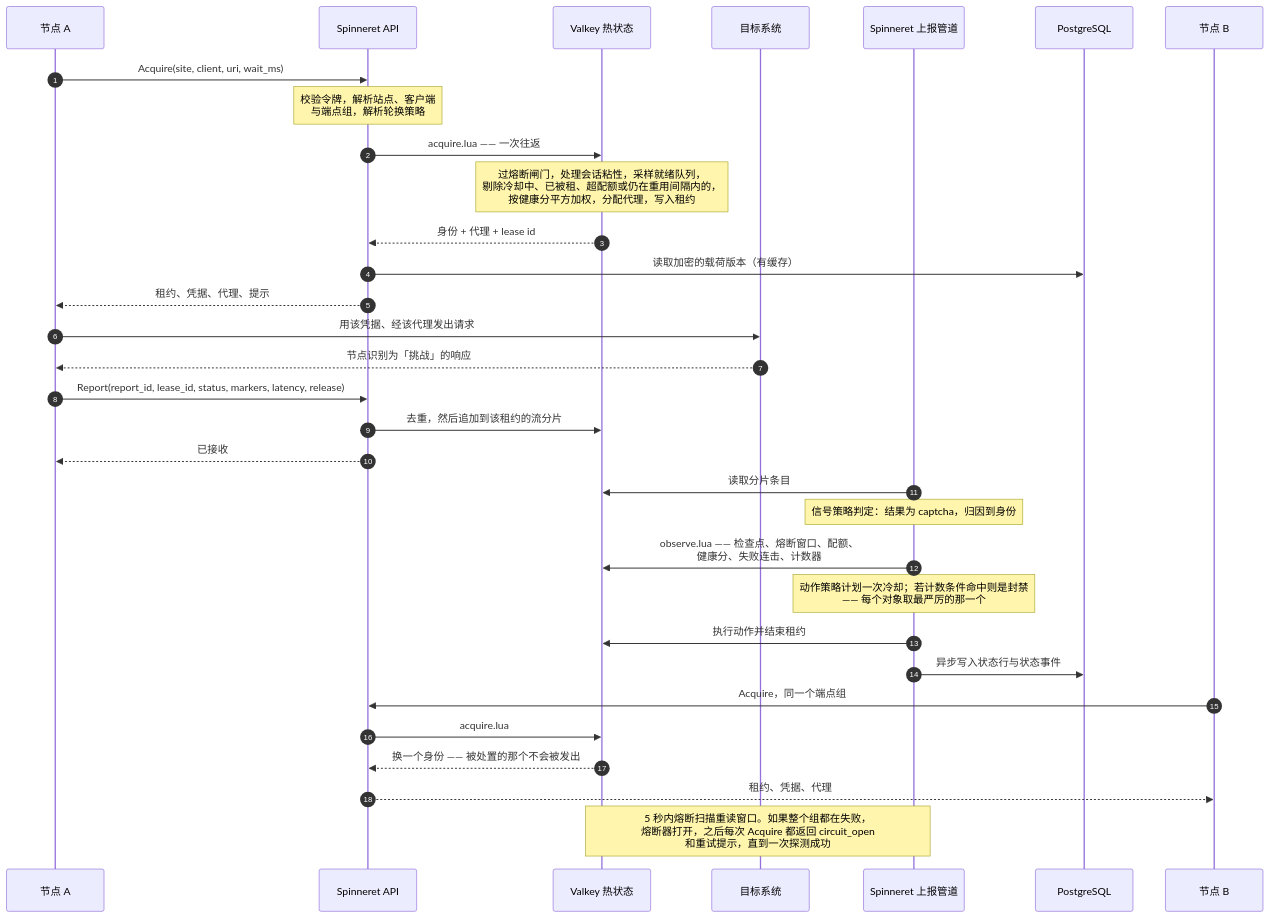
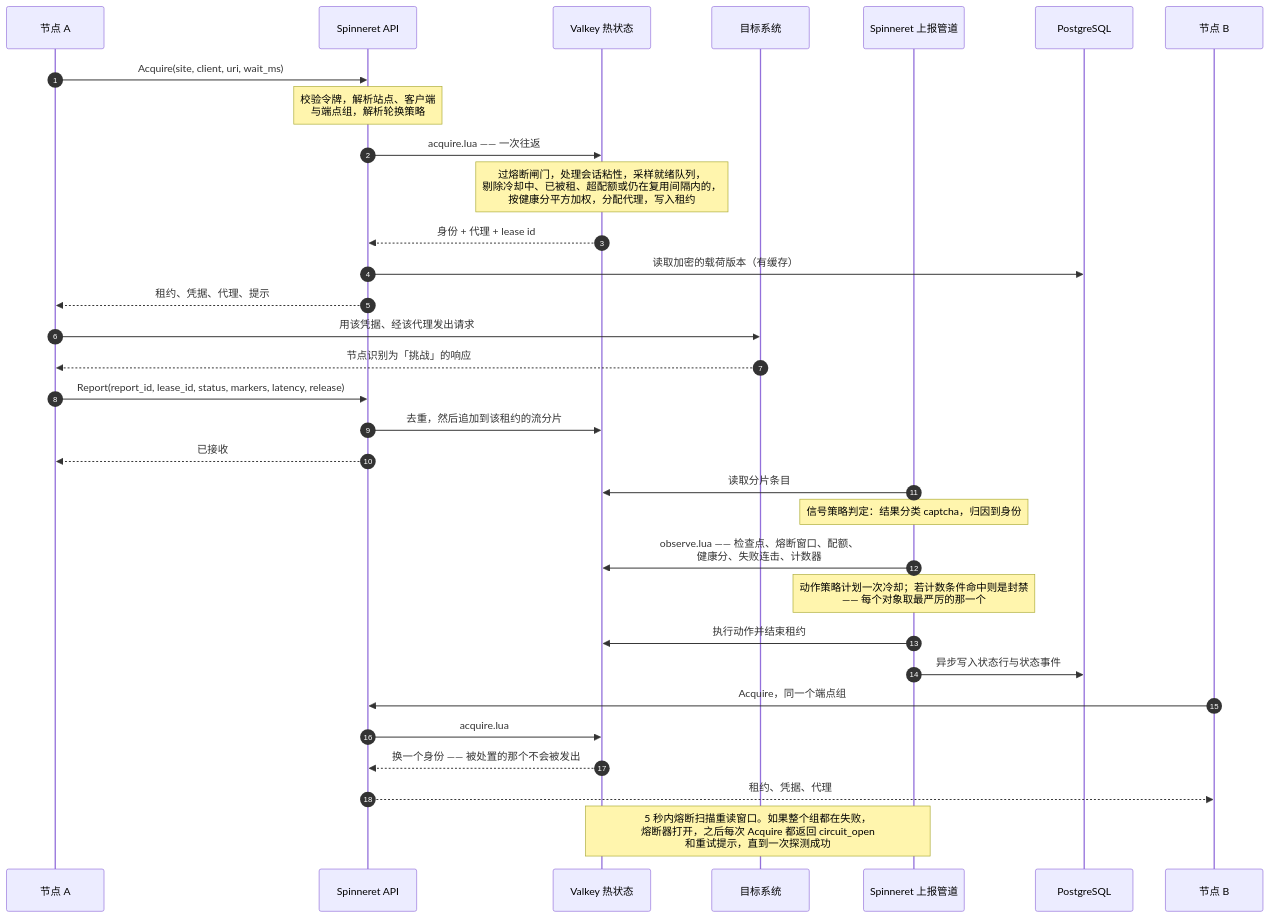
Before and after one commit to TikHub/Spinneret: the fourth of 12 diagrams in README.zh-CN.md, drawn with Mermaid. The commit also changed other lines of this file and 1 other file, not shown here.

````diff
--- a/README.zh-CN.md
+++ b/README.zh-CN.md
@@ -252,35 +391,35 @@
 ```mermaid
 sequenceDiagram
     autonumber
     participant A as 节点 A
     participant API as Spinneret API
     participant R as Valkey 热状态
     participant T as 目标系统
     participant W as Spinneret 上报管道
     participant PG as PostgreSQL
     participant B as 节点 B
 
     A->>API: Acquire(site, client, uri, wait_ms)
     Note over API: 校验令牌，解析站点、客户端<br/>与端点组，解析轮换策略
     API->>R: acquire.lua —— 一次往返
-    Note over R: 过熔断闸门，处理会话粘性，采样就绪队列，<br/>剔除冷却中、已被租、超配额或仍在重用间隔内的，<br/>按健康分平方加权，分配代理，写入租约
+    Note over R: 过熔断闸门，处理会话粘性，采样就绪队列，<br/>剔除冷却中、已被租、超配额或仍在复用间隔内的，<br/>按健康分平方加权，分配代理，写入租约
     R-->>API: 身份 + 代理 + lease id
     API->>PG: 读取加密的载荷版本（有缓存）
     API-->>A: 租约、凭据、代理、提示
     A->>T: 用该凭据、经该代理发出请求
     T-->>A: 节点识别为「挑战」的响应
     A->>API: Report(report_id, lease_id, status, markers, latency, release)
     API->>R: 去重，然后追加到该租约的流分片
     API-->>A: 已接收
     W->>R: 读取分片条目
-    Note over W: 信号策略判定：结果为 captcha，归因到身份
+    Note over W: 信号策略判定：结果分类 captcha，归因到身份
     W->>R: observe.lua —— 检查点、熔断窗口、配额、<br/>健康分、失败连击、计数器
     Note over W: 动作策略计划一次冷却；若计数条件命中则是封禁<br/>—— 每个对象取最严厉的那一个
     W->>R: 执行动作并结束租约
     W->>PG: 异步写入状态行与状态事件
     B->>API: Acquire，同一个端点组
     API->>R: acquire.lua
     R-->>API: 换一个身份 —— 被处置的那个不会被发出
     API-->>B: 租约、凭据、代理
     Note over W,R: 5 秒内熔断扫描重读窗口。如果整个组都在失败，<br/>熔断器打开，之后每次 Acquire 都返回 circuit_open<br/>和重试提示，直到一次探测成功
 ```
````
